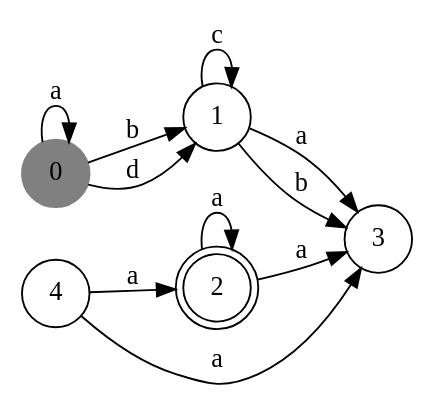
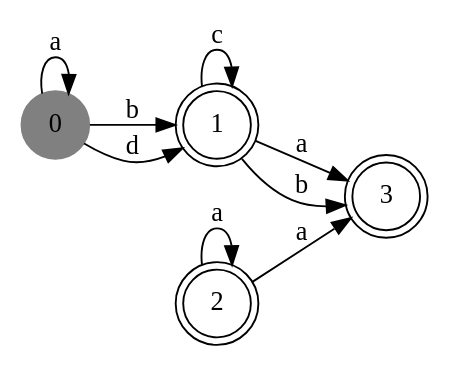
Before and after one commit to RED-AUtoMate/Automates: the diagram in test.dot, drawn with Graphviz. The commit also changed 10 other files, not shown here.

```diff
--- a/test.dot
+++ b/test.dot
@@ -1,17 +1,17 @@
 digraph automate {
 	rankdir=LR;
 	size="8,5";
     node  [shape = circle];
     0  [style = "filled",color ="gray"];
     2  [shape = "doublecircle"];
+    1  [shape = "doublecircle"];
+    3  [shape = "doublecircle"];
     0 -> 0 [label= "a"];
     0 -> 1 [label= "b"];
     0 -> 1 [label= "d"];
     1 -> 1 [label= "c"];
     1 -> 3 [label= "a"];
     1 -> 3 [label= "b"];
     2 -> 2 [label= "a"];
     2 -> 3 [label= "a"];
-    4 -> 2 [label= "a"];
-    4 -> 3 [label= "a"];
 }
```
